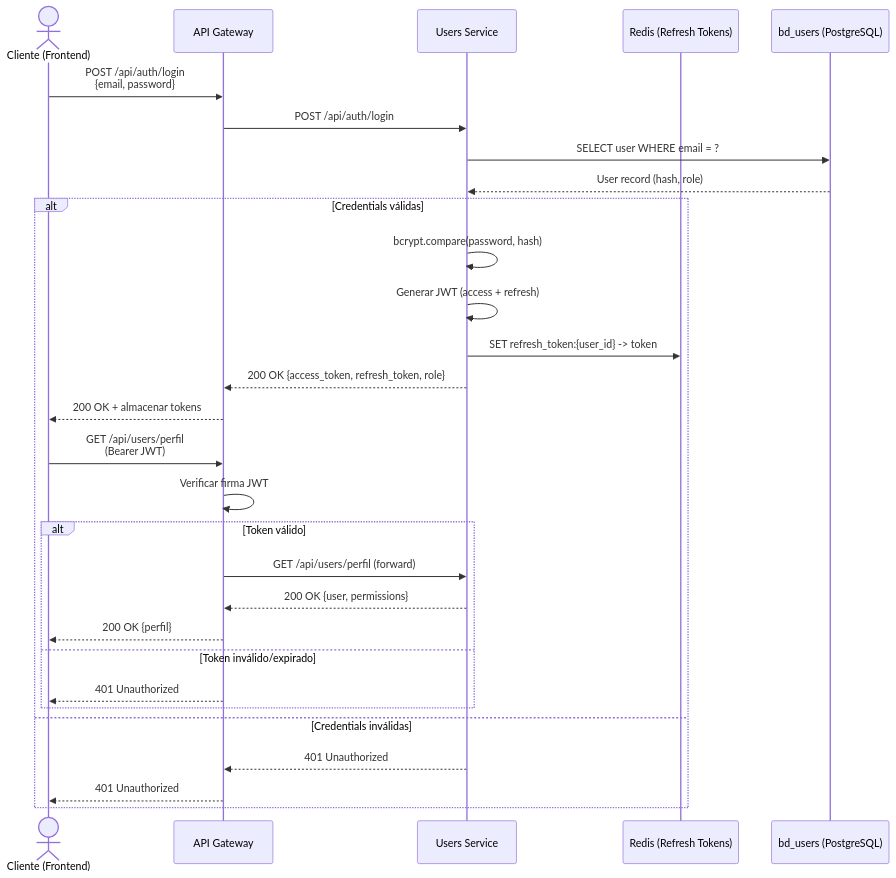
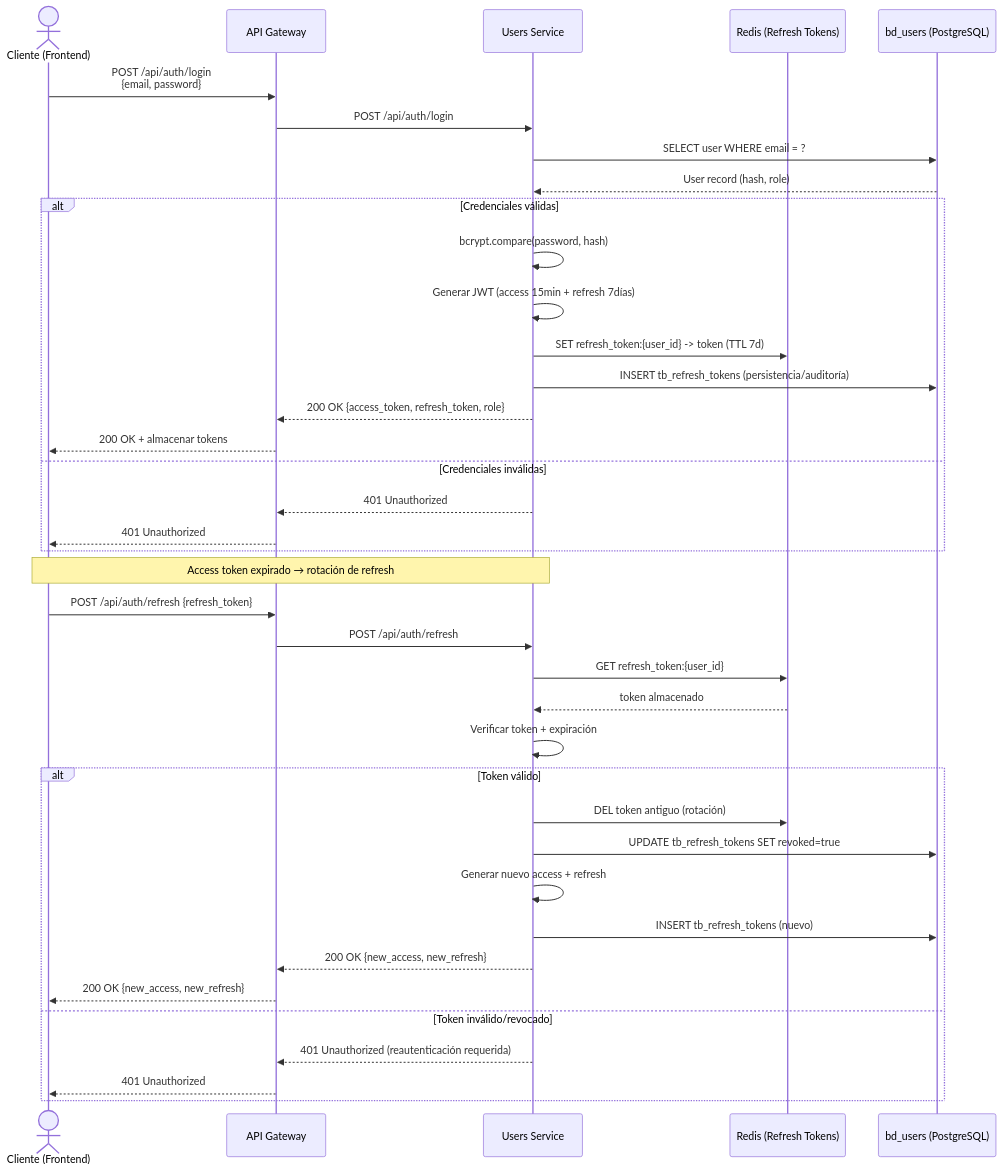
The second of 7 diagrams in docs/diagrams/sequence_diagrams/sequence_diagrams.md (ybotet/SISGAD5_1.0), drawn with Mermaid before and after one commit. The commit also changed other lines of this file and 7 other files, not shown here.

First line of the commit message:
docs(diagrams): fusionar diagramas de secuencia en documento canónico (7 escenarios)

````diff
--- a/docs/diagrams/sequence_diagrams/sequence_diagrams.md
+++ b/docs/diagrams/sequence_diagrams/sequence_diagrams.md
@@ -12,32 +129,42 @@
 ```mermaid
 sequenceDiagram
     actor C as Cliente (Frontend)
     participant GW as API Gateway
     participant US as Users Service
     participant RDB as Redis (Refresh Tokens)
     participant UBD as bd_users (PostgreSQL)
 
     C->>GW: POST /api/auth/login<br/>{email, password}
     GW->>US: POST /api/auth/login
     US->>UBD: SELECT user WHERE email = ?
     UBD-->>US: User record (hash, role)
-    alt Credentials válidas
+    alt Credenciales válidas
         US->>US: bcrypt.compare(password, hash)
-        US->>US: Generar JWT (access + refresh)
-        US->>RDB: SET refresh_token:{user_id} -> token
+        US->>US: Generar JWT (access 15min + refresh 7días)
+        US->>RDB: SET refresh_token:{user_id} -> token (TTL 7d)
+        US->>UBD: INSERT tb_refresh_tokens (persistencia/auditoría)
         US-->>GW: 200 OK {access_token, refresh_token, role}
         GW-->>C: 200 OK + almacenar tokens
-        C->>GW: GET /api/users/perfil<br/>(Bearer JWT)
-        GW->>GW: Verificar firma JWT
-        alt Token válido
-            GW->>US: GET /api/users/perfil (forward)
-            US-->>GW: 200 OK {user, permissions}
-            GW-->>C: 200 OK {perfil}
-        else Token inválido/expirado
-            GW-->>C: 401 Unauthorized
-        end
-    else Credentials inválidas
+    else Credenciales inválidas
         US-->>GW: 401 Unauthorized
         GW-->>C: 401 Unauthorized
     end
+
+    Note over C,US: Access token expirado → rotación de refresh
+    C->>GW: POST /api/auth/refresh {refresh_token}
+    GW->>US: POST /api/auth/refresh
+    US->>RDB: GET refresh_token:{user_id}
+    RDB-->>US: token almacenado
+    US->>US: Verificar token + expiración
+    alt Token válido
+        US->>RDB: DEL token antiguo (rotación)
+        US->>UBD: UPDATE tb_refresh_tokens SET revoked=true
+        US->>US: Generar nuevo access + refresh
+        US->>UBD: INSERT tb_refresh_tokens (nuevo)
+        US-->>GW: 200 OK {new_access, new_refresh}
+        GW-->>C: 200 OK {new_access, new_refresh}
+    else Token inválido/revocado
+        US-->>GW: 401 Unauthorized (reautenticación requerida)
+        GW-->>C: 401 Unauthorized
+    end
 ```
````
